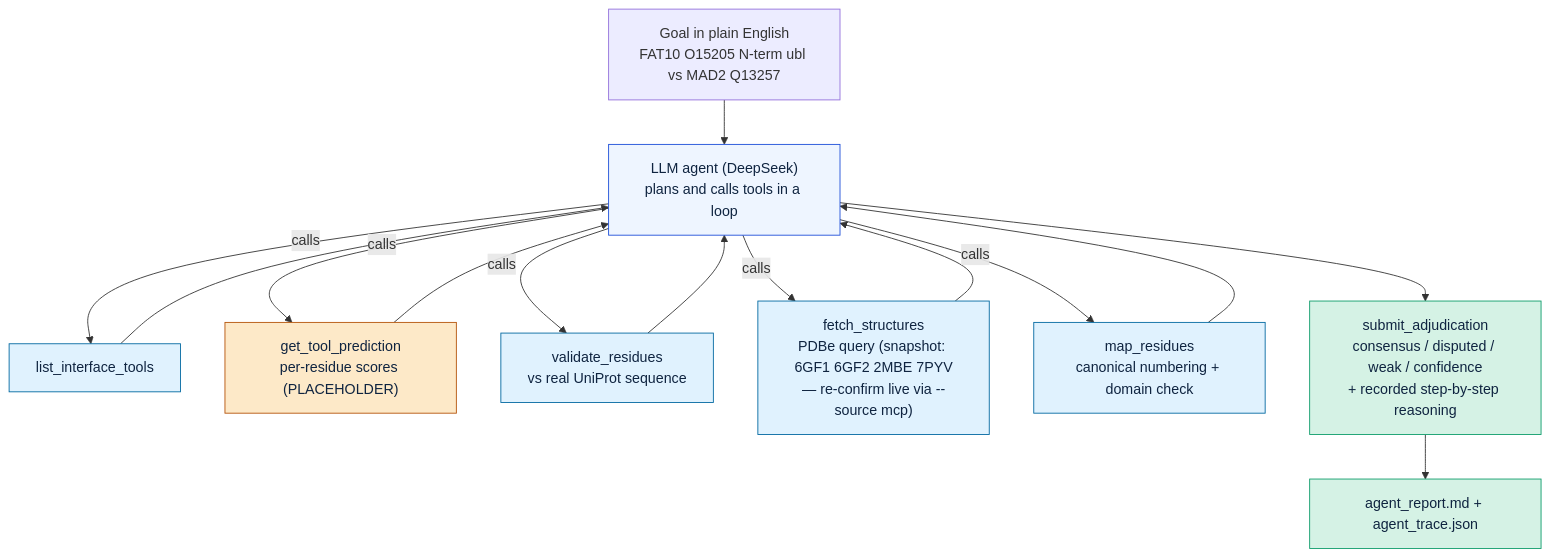
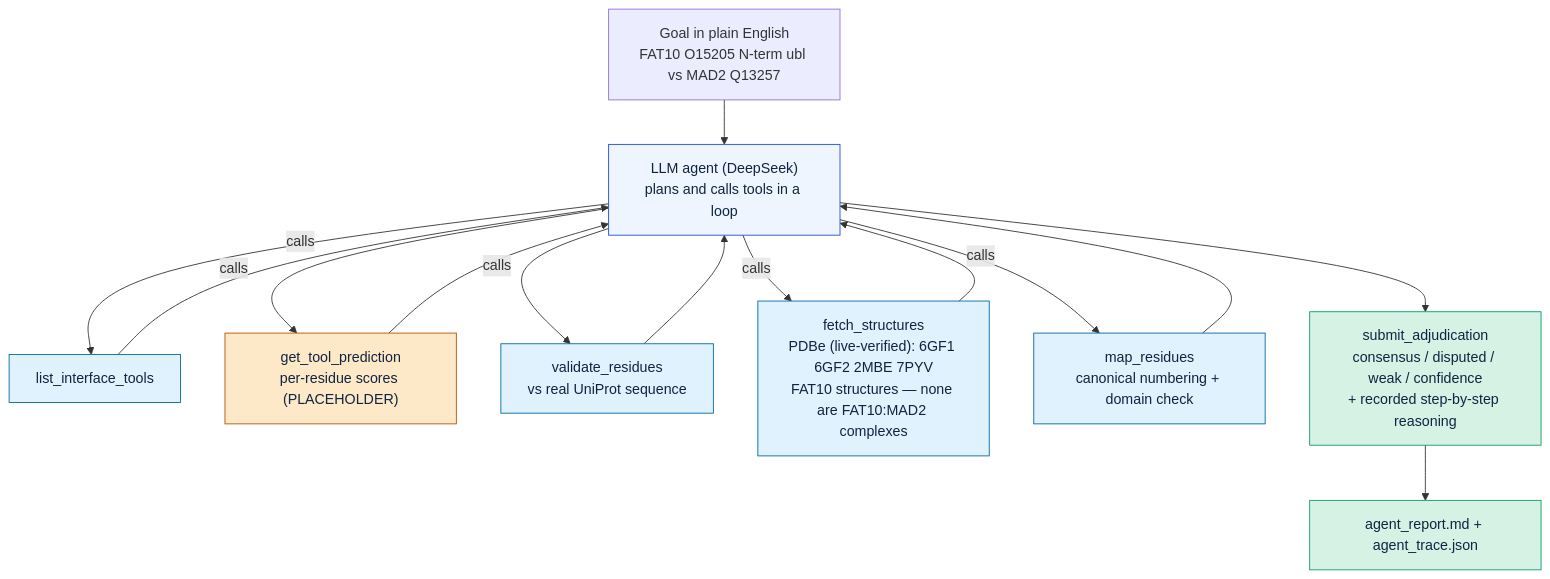
One commit to TLDDODO/sv-agent-poc changed the first of 2 diagrams in FLOW.md. Above: the diagram before and after it, drawn with Mermaid. The commit also changed other lines of this file and 1 other file, not shown here.

First line of the commit message:
PDB IDs confirmed by live PDBe query; note none are FAT10:MAD2 complexes

````diff
--- a/FLOW.md
+++ b/FLOW.md
@@ -16,29 +17,29 @@
 ```mermaid
 flowchart TD
     G["Goal in plain English<br/>FAT10 O15205 N-term ubl vs MAD2 Q13257"]
     G --> AG["LLM agent (DeepSeek)<br/>plans and calls tools in a loop"]
 
     AG -->|calls| T1["list_interface_tools"]
     AG -->|calls| T2["get_tool_prediction<br/>per-residue scores (PLACEHOLDER)"]
     AG -->|calls| T3["validate_residues<br/>vs real UniProt sequence"]
-    AG -->|calls| T4["fetch_structures<br/>PDBe query (snapshot: 6GF1 6GF2 2MBE 7PYV<br/>— re-confirm live via --source mcp)"]
+    AG -->|calls| T4["fetch_structures<br/>PDBe (live-verified): 6GF1 6GF2 2MBE 7PYV<br/>FAT10 structures — none are FAT10:MAD2 complexes"]
     AG -->|calls| T5["map_residues<br/>canonical numbering + domain check"]
 
     T1 --> AG
     T2 --> AG
     T3 --> AG
     T4 --> AG
     T5 --> AG
 
     AG --> SUB["submit_adjudication<br/>consensus / disputed / weak / confidence<br/>+ recorded step-by-step reasoning"]
     SUB --> REP["agent_report.md + agent_trace.json"]
 
     classDef agent fill:#eef5ff,stroke:#1d4ed8,color:#0f2440;
     classDef tool fill:#e0f2fe,stroke:#0369a1,color:#0f2440;
     classDef warn fill:#fde9c8,stroke:#b45309,color:#0f2440;
     classDef good fill:#d5f2e5,stroke:#0f9d6b,color:#0f2440;
     class AG agent;
     class T1,T3,T4,T5 tool;
     class T2 warn;
     class SUB,REP good;
 ```
````
